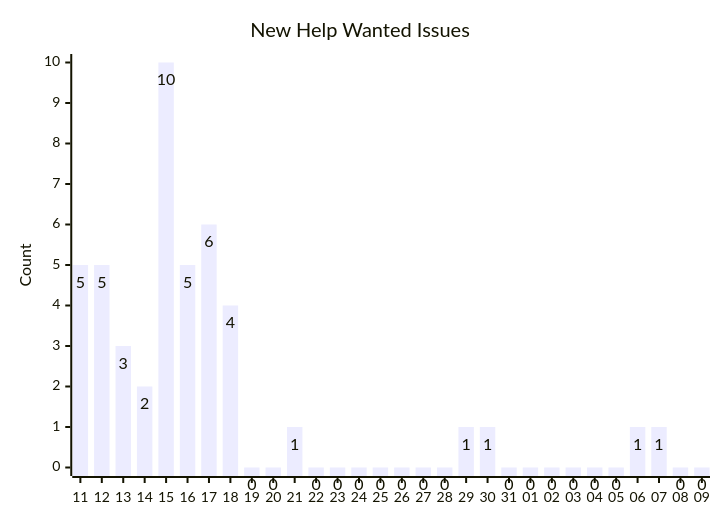
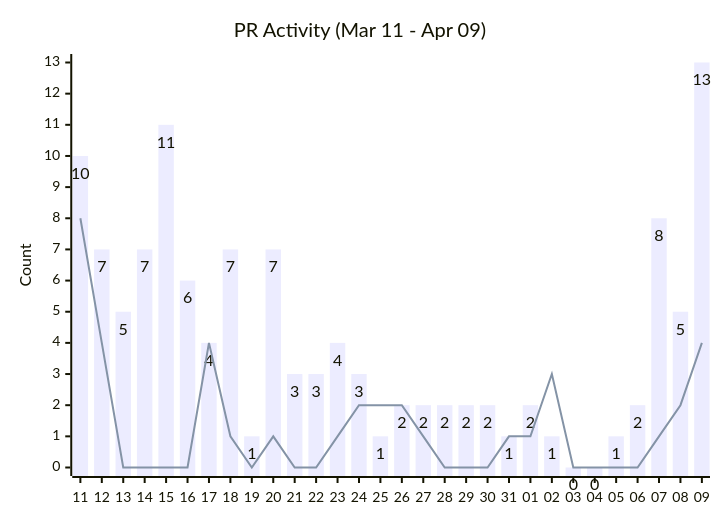
One commit to cocosheng-g/gemini-cli changed the second of 7 diagrams in triage/CONTRIBUTION_METRICS.md. Above: the diagram before and after it, drawn with Mermaid. The commit also changed other lines of this file, not shown here.

````diff
--- a/triage/CONTRIBUTION_METRICS.md
+++ b/triage/CONTRIBUTION_METRICS.md
@@ -29,12 +28,13 @@
 ```mermaid
 ---
 config:
   xyChart:
     showDataLabel: true
 ---
 xychart-beta
-    title "New Help Wanted Issues"
+    title "PR Activity (Mar 11 - Apr 09)"
     x-axis ["11", "12​", "13​​", "14​​​", "15​​​​", "16​​​​​", "17​​​​​​", "18​​​​​​​", "19​​​​​​​​", "20​​​​​​​​​", "21​​​​​​​​​​", "22​​​​​​​​​​​", "23​​​​​​​​​​​​", "24​​​​​​​​​​​​​", "25​​​​​​​​​​​​​​", "26​​​​​​​​​​​​​​​", "27​​​​​​​​​​​​​​​​", "28​​​​​​​​​​​​​​​​​", "29​​​​​​​​​​​​​​​​​​", "30​​​​​​​​​​​​​​​​​​​", "31​​​​​​​​​​​​​​​​​​​​", "01​​​​​​​​​​​​​​​​​​​​​", "02​​​​​​​​​​​​​​​​​​​​​​", "03​​​​​​​​​​​​​​​​​​​​​​​", "04​​​​​​​​​​​​​​​​​​​​​​​​", "05​​​​​​​​​​​​​​​​​​​​​​​​​", "06​​​​​​​​​​​​​​​​​​​​​​​​​​", "07​​​​​​​​​​​​​​​​​​​​​​​​​​​", "08​​​​​​​​​​​​​​​​​​​​​​​​​​​​", "09​​​​​​​​​​​​​​​​​​​​​​​​​​​​​"]
     y-axis "Count"
-    bar [5, 5, 3, 2, 10, 5, 6, 4, 0, 0, 1, 0, 0, 0, 0, 0, 0, 0, 1, 1, 0, 0, 0, 0, 0, 0, 1, 1, 0, 0]
+    bar [10, 7, 5, 7, 11, 6, 4, 7, 1, 7, 3, 3, 4, 3, 1, 2, 2, 2, 2, 2, 1, 2, 1, 0, 0, 1, 2, 8, 5, 13]
+    line [8, 4, 0, 0, 0, 0, 4, 1, 0, 1, 0, 0, 1, 2, 2, 2, 1, 0, 0, 0, 1, 1, 3, 0, 0, 0, 0, 1, 2, 4]
 ```
````
